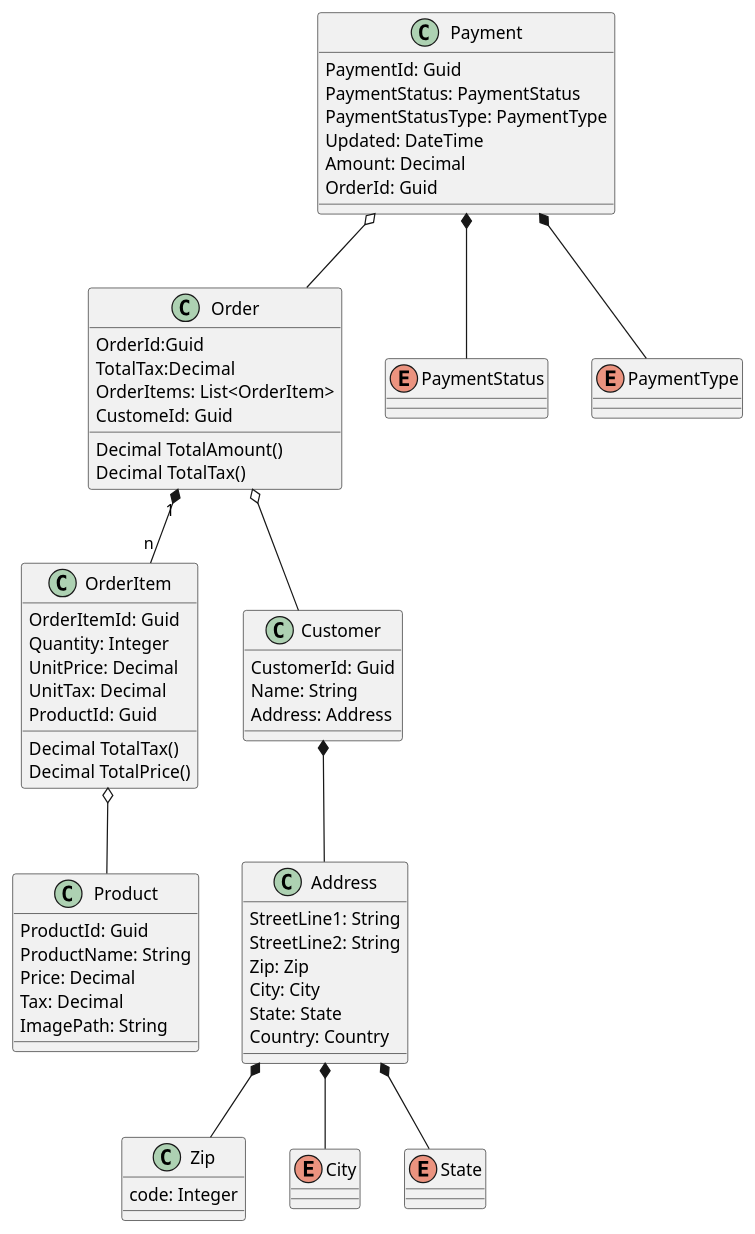
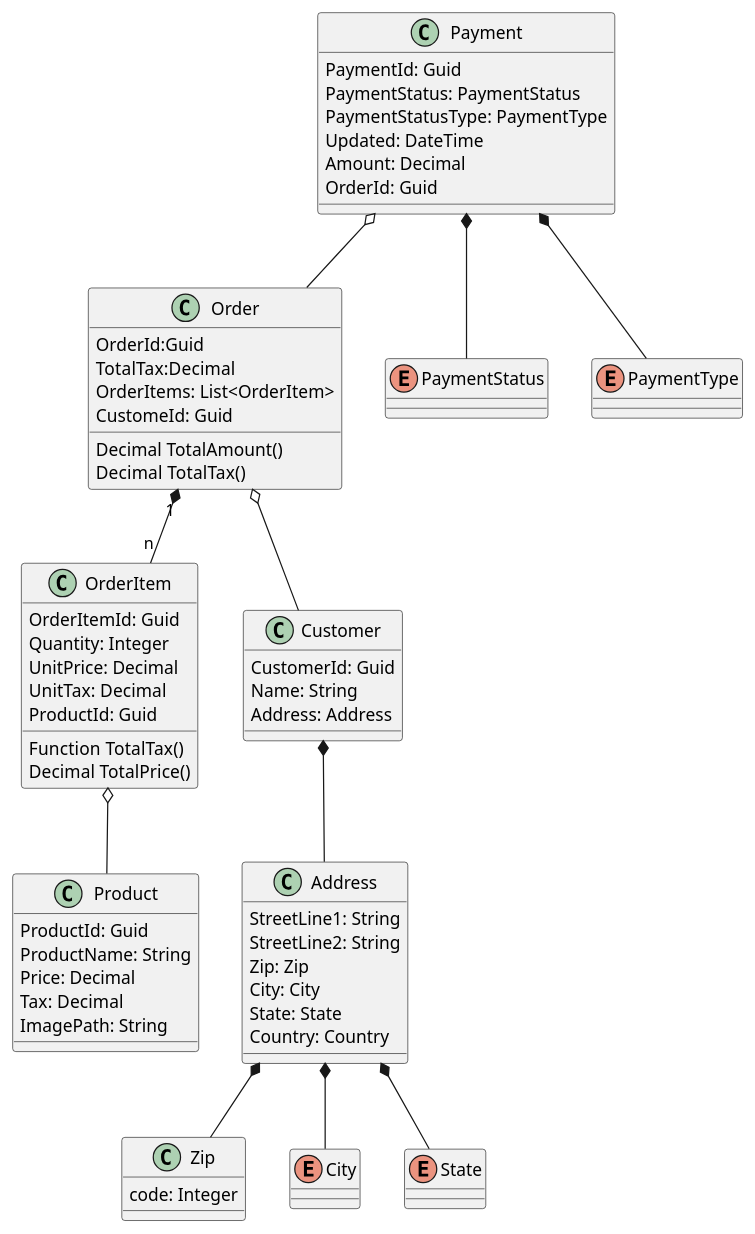
Before and after one commit to georgebolarakis/PlantUml: the diagram in plantUML/classes_for_test1.puml, drawn with PlantUML. The commit also changed 3 other files, not shown here.

```diff
--- a/plantUML/classes_for_test1.puml
+++ b/plantUML/classes_for_test1.puml
@@ -1,83 +1,83 @@
 @startuml Order taking classes
 class Order{
     'so to keep the uid unique
     OrderId:Guid
     TotalTax:Decimal
     OrderItems: List<OrderItem>
     CustomeId: Guid
     Decimal TotalAmount()
     Decimal TotalTax()
 }
 class OrderItem{
     OrderItemId: Guid
     Quantity: Integer
     UnitPrice: Decimal
     UnitTax: Decimal
-    Decimal TotalTax()
+    Function TotalTax()
     Decimal TotalPrice()
     ProductId: Guid
 }
 
 'contains the catalog of items
 class Product{
     ProductId: Guid
     ProductName: String
     Price: Decimal
     Tax: Decimal
     ImagePath: String
 }
 
 class Payment{
     PaymentId: Guid
     PaymentStatus: PaymentStatus
     PaymentStatusType: PaymentType
     Updated: DateTime
     Amount: Decimal
     OrderId: Guid
 }
 
 class Customer {
     CustomerId: Guid
     Name: String
     Address: Address
 }
 
 class Address {
     StreetLine1: String
     StreetLine2: String
     Zip: Zip
     City: City
     State: State
     Country: Country
 }
 
 class Zip {
     code: Integer
 }
 
 enum City {}
 enum State {}
 enum PaymentStatus {}
 enum PaymentType {}
 ' enum PaymentStatus { inprogress, paid }
 ' enum PaymentType { credit card, cash }
 
 'the relationship btw the product and the orderItem that is an agrigate
 OrderItem o-- Product
 
 
 ' here we are defining a composition and it is one2many
 Order "1" *-- "n" OrderItem
 
 Payment o-- Order
 
 Order o-- Customer
 Customer *-- Address
 Address *-- City
 Address *-- Zip
 Address *--  State
 Payment *--  PaymentType
 Payment *-- PaymentStatus
 
 
 @enduml
```
